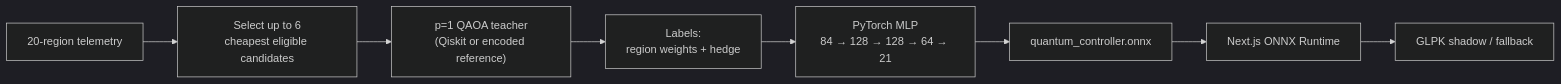
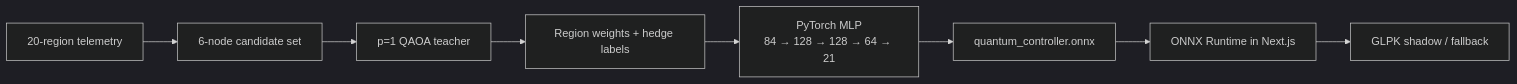
The third of 8 diagrams in README.md (prantikchanda21/Carbon-Ledger), drawn with Mermaid (dark theme) before and after one commit. The commit also changed other lines of this file, not shown here.

````diff
--- a/README.md
+++ b/README.md
@@ -640,10 +206,10 @@
 ```mermaid
 flowchart LR
-  T["20-region telemetry"] --> C["Select up to 6<br/>cheapest eligible candidates"]
-  C --> Q["p=1 QAOA teacher<br/>(Qiskit or encoded reference)"]
-  Q --> L["Labels:<br/>region weights + hedge"]
-  L --> P["PyTorch MLP<br/>84 → 128 → 128 → 64 → 21"]
-  P --> O["quantum_controller.onnx"]
-  O --> N["Next.js ONNX Runtime"]
-  N --> G["GLPK shadow / fallback"]
+    T["20-region telemetry"] --> C["6-node candidate set"]
+    C --> Q["p=1 QAOA teacher"]
+    Q --> L["Region weights + hedge labels"]
+    L --> N["PyTorch MLP<br/>84 → 128 → 128 → 64 → 21"]
+    N --> O["quantum_controller.onnx"]
+    O --> R["ONNX Runtime in Next.js"]
+    R --> G["GLPK shadow / fallback"]
 ```
````
